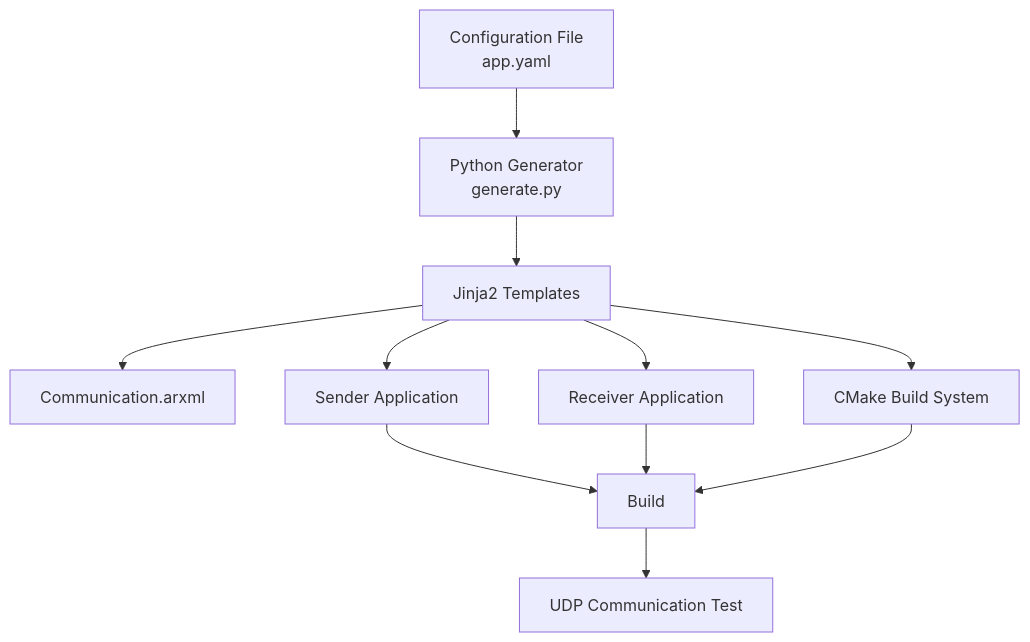
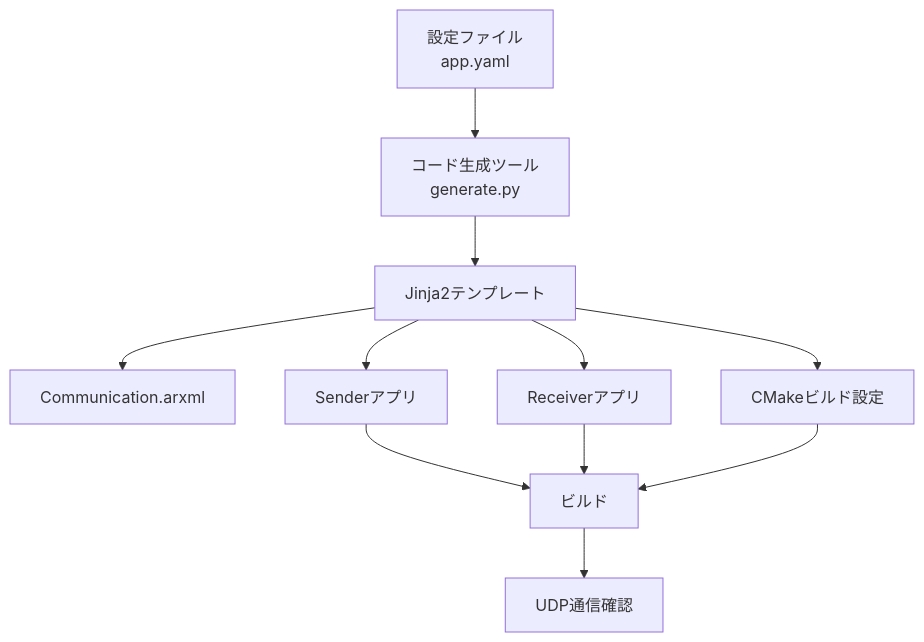
The second of 4 diagrams in README.md (sekiya-mukai/arxml-parser-demo), drawn with Mermaid before and after one commit. The commit also changed other lines of this file, not shown here.

````diff
--- a/README.md
+++ b/README.md
@@ -57,36 +60,36 @@
 ```mermaid
 flowchart TD
 
-    A["Configuration File<br/>app.yaml"]
+    A["設定ファイル<br>app.yaml"]
 
-    B["Python Generator<br/>generate.py"]
+    B["コード生成ツール<br>generate.py"]
 
-    C["Jinja2 Templates"]
+    C["Jinja2テンプレート"]
 
     D["Communication.arxml"]
 
-    E["Sender Application"]
+    E["Senderアプリ"]
 
-    F["Receiver Application"]
+    F["Receiverアプリ"]
 
-    G["CMake Build System"]
+    G["CMakeビルド設定"]
 
-    H["Build"]
+    H["ビルド"]
 
-    I["UDP Communication Test"]
+    I["UDP通信確認"]
 
     A --> B
 
     B --> C
 
     C --> D
     C --> E
     C --> F
     C --> G
 
     E --> H
     F --> H
     G --> H
 
     H --> I
 ```
````
